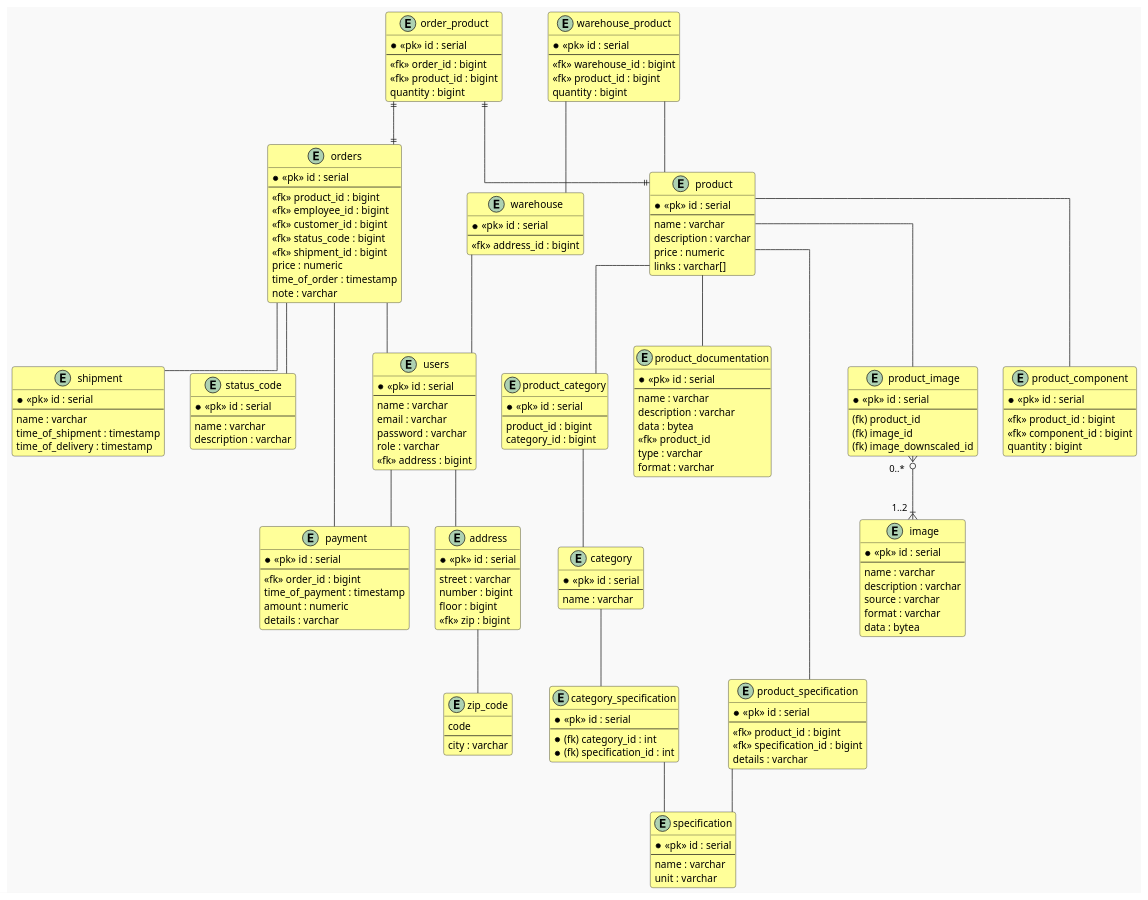
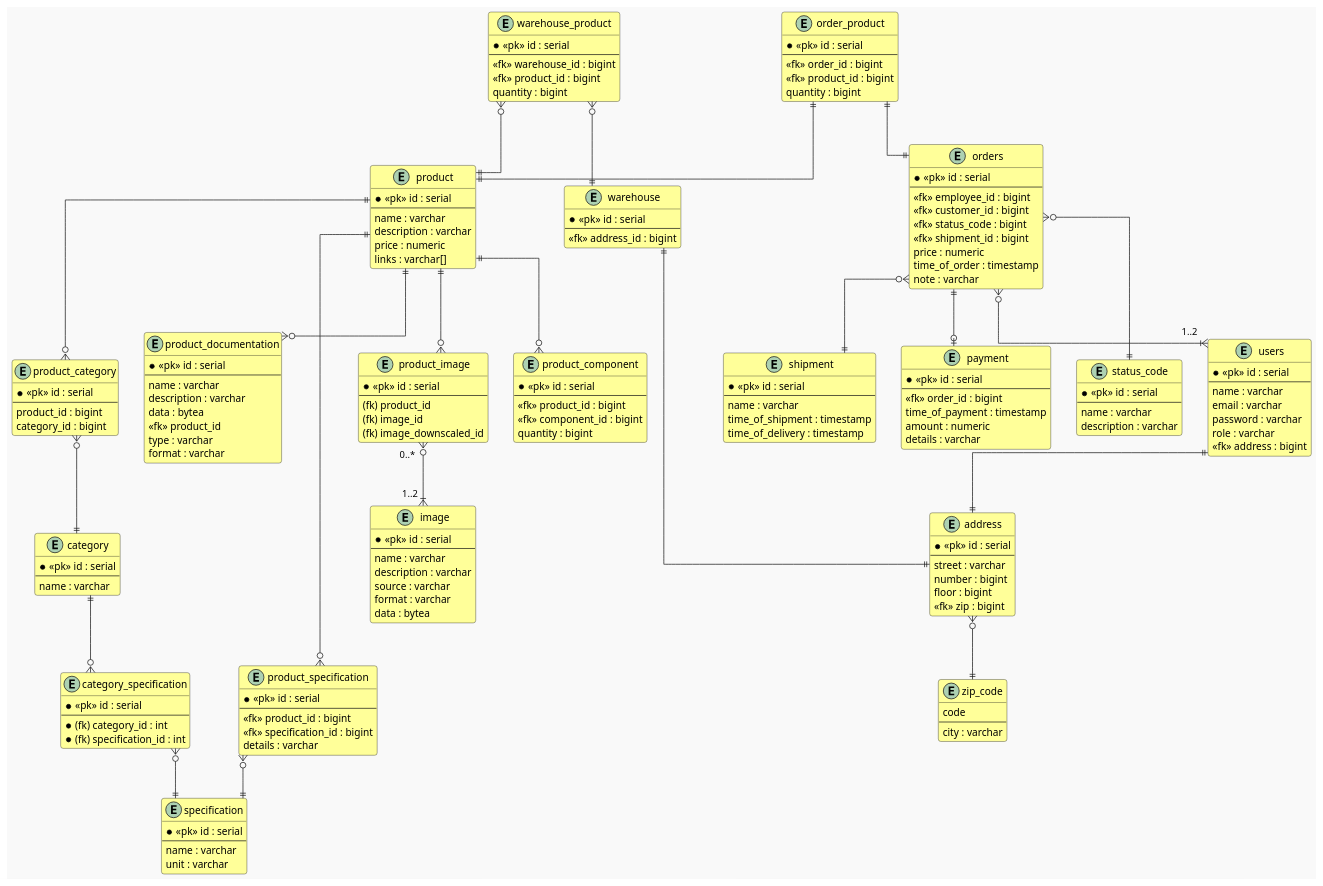
The diagram in report/UML/ERD-2.puml (Oskar123456/carport), drawn with PlantUML before and after one commit. The commit also changed 2 other files, not shown here.

```diff
--- a/report/UML/ERD-2.puml
+++ b/report/UML/ERD-2.puml
@@ -1,186 +1,184 @@
 @startuml
 !theme mars
 skinparam class {
 BackgroundColor #FFFF99
 }
 skinparam linetype ortho
 
 entity orders {
 * <<pk>> id : serial
 --
-<<fk>> product_id : bigint
 <<fk>> employee_id : bigint
 <<fk>> customer_id : bigint
 <<fk>> status_code : bigint
 <<fk>> shipment_id : bigint
 price : numeric
 time_of_order : timestamp
 note : varchar
 }
 entity status_code {
 * <<pk>> id : serial
 --
 name : varchar
 description : varchar
 }
 entity order_product {
 * <<pk>> id : serial
 --
 <<fk>> order_id : bigint
 <<fk>> product_id : bigint
 quantity : bigint
 }
 entity product {
 * <<pk>> id : serial
 --
 name : varchar
 description : varchar
 price : numeric
 links : varchar[]
 }
 entity product_component {
 * <<pk>> id : serial
 --
 <<fk>> product_id : bigint
 <<fk>> component_id : bigint
 quantity : bigint
 }
 entity product_documentation {
 * <<pk>> id : serial
 --
 name : varchar
 description : varchar
 data : bytea
 <<fk>> product_id
 type : varchar
 format : varchar
 }
 entity product_specification{
 * <<pk>> id : serial
 --
 <<fk>> product_id : bigint
 <<fk>> specification_id : bigint
 details : varchar
 }
 entity category {
 * <<pk>> id : serial
 --
 name : varchar
 }
 entity category_specification {
 * <<pk>> id : serial
 --
 * (fk) category_id : int
 * (fk) specification_id : int
 }
 entity product_category {
 * <<pk>> id : serial
 --
 product_id : bigint
 category_id : bigint
 }
 entity specification {
 * <<pk>> id : serial
 --
 name : varchar
 unit : varchar
 }
 entity image {
 * <<pk>> id : serial
 --
 name : varchar
 description : varchar
 source : varchar
 format : varchar
 data : bytea
 }
 entity product_image {
 * <<pk>> id : serial
 --
 (fk) product_id
 (fk) image_id
 (fk) image_downscaled_id
 }
 entity warehouse {
 * <<pk>> id : serial
 --
 <<fk>> address_id : bigint
 }
 entity warehouse_product {
 * <<pk>> id : serial
 --
 <<fk>> warehouse_id : bigint
 <<fk>> product_id : bigint
 quantity : bigint
 }
 entity users {
 * <<pk>> id : serial
 --
 name : varchar
 email : varchar
 password : varchar
 role : varchar
 <<fk>> address : bigint
 }
 entity address {
 * <<pk>> id : serial
 --
 street : varchar
 number : bigint
 floor : bigint
 <<fk>> zip : bigint
 }
 entity zip_code {
 code
 --
 city : varchar
 }
 entity shipment {
 * <<pk>> id : serial
 --
 name : varchar
 time_of_shipment : timestamp
 time_of_delivery : timestamp
 }
 entity payment {
 * <<pk>> id : serial
 --
 <<fk>> order_id : bigint
 time_of_payment : timestamp
 amount : numeric
 details : varchar
 }
 
 order_product ||--|| orders
 order_product ||--|| product
 
-orders -- shipment
-orders -- payment
-orders -- users
-orders -- status_code
+orders }o--|| shipment
+orders ||--o| payment
+orders }o--|{ "1..2  " users
+orders }o--|| status_code
 
-product -- product_category
-product -- product_documentation
-product -- product_specification
-product -- product_component
-product -- product_image
+product ||--o{ product_category
+product ||--o{ product_documentation
+product ||--o{ product_specification
+product ||--o{ product_component
+product ||--o{ product_image
 
-product_specification -- specification
+product_specification }o--|| specification
 
-category -- category_specification
-category_specification -- specification
+category ||--o{ category_specification
+category_specification }o--|| specification
 
-product_category -- category
+product_category }o--|| category
 
 product_image "0..*   " }o--|{ "1..2  " image
 
-warehouse_product -- product
-warehouse_product -- warehouse
-warehouse -- users
+warehouse_product }o--|| product
+warehouse_product }o--|| warehouse
+warehouse ||--|| address
 
-users -- address
-users -- payment
+users ||--|| address
 
-address -- zip_code
+address }o--|| zip_code
 
 @enduml
```
